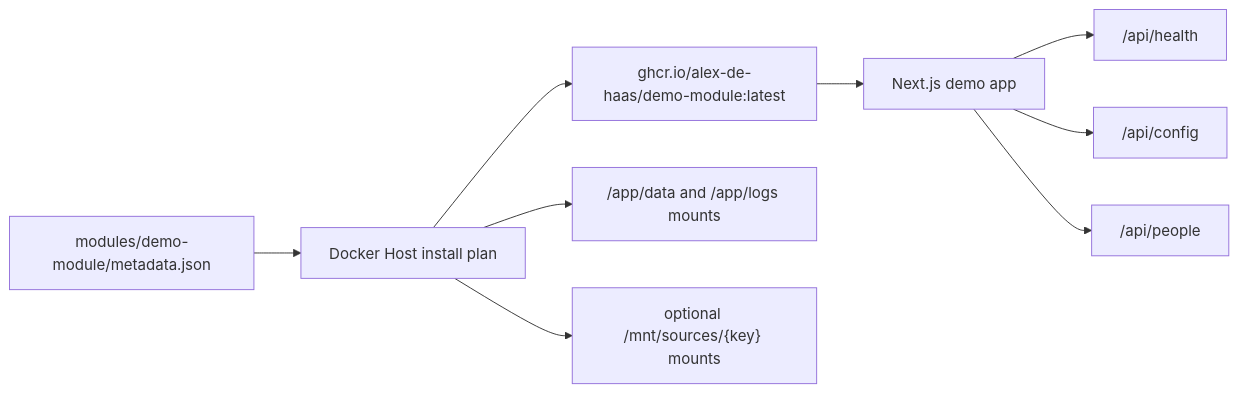
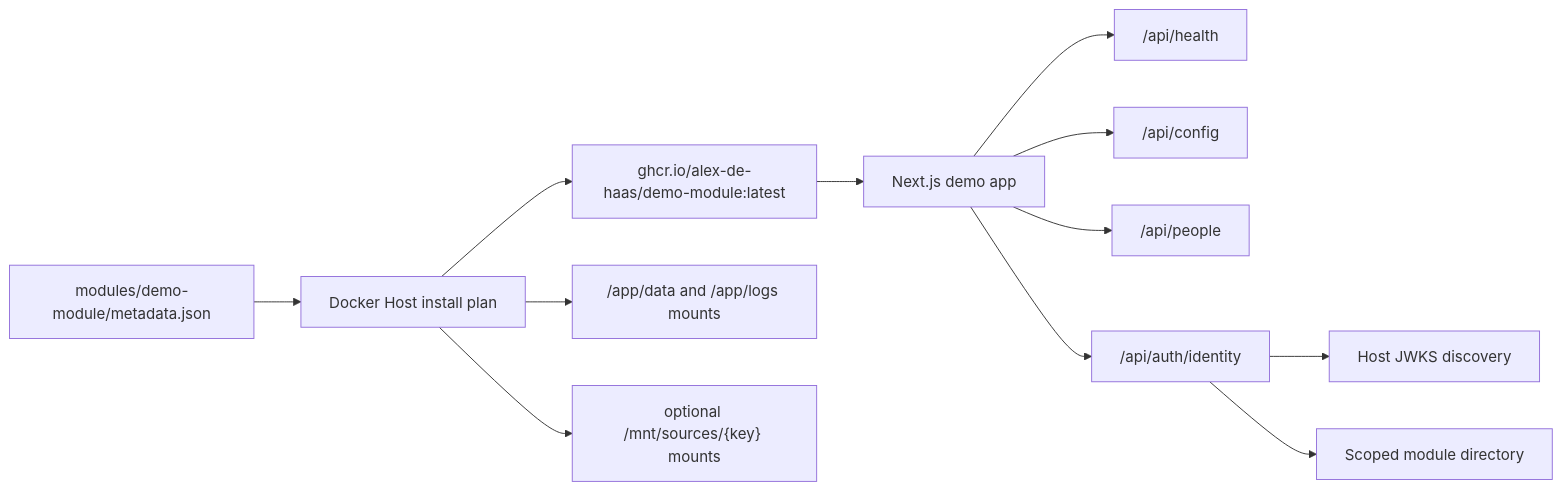
The diagram in docs/features/demo-module.md (alex-de-haas/docker-host), drawn with Mermaid before and after one commit. The commit also changed other lines of this file and 11 other files, not shown here.

Commit message:
Add auth diagnostics to demo module

````diff
--- a/docs/features/demo-module.md
+++ b/docs/features/demo-module.md
@@ -9,11 +9,14 @@
 ```mermaid
 flowchart LR
   A["modules/demo-module/metadata.json"] --> B["Docker Host install plan"]
   B --> C["ghcr.io/alex-de-haas/demo-module:latest"]
   C --> D["Next.js demo app"]
   D --> E["/api/health"]
   D --> F["/api/config"]
   D --> G["/api/people"]
+  D --> J["/api/auth/identity"]
+  J --> K["Host JWKS discovery"]
+  J --> L["Scoped module directory"]
   B --> H["/app/data and /app/logs mounts"]
   B --> I["optional /mnt/sources/{key} mounts"]
 ```
````
